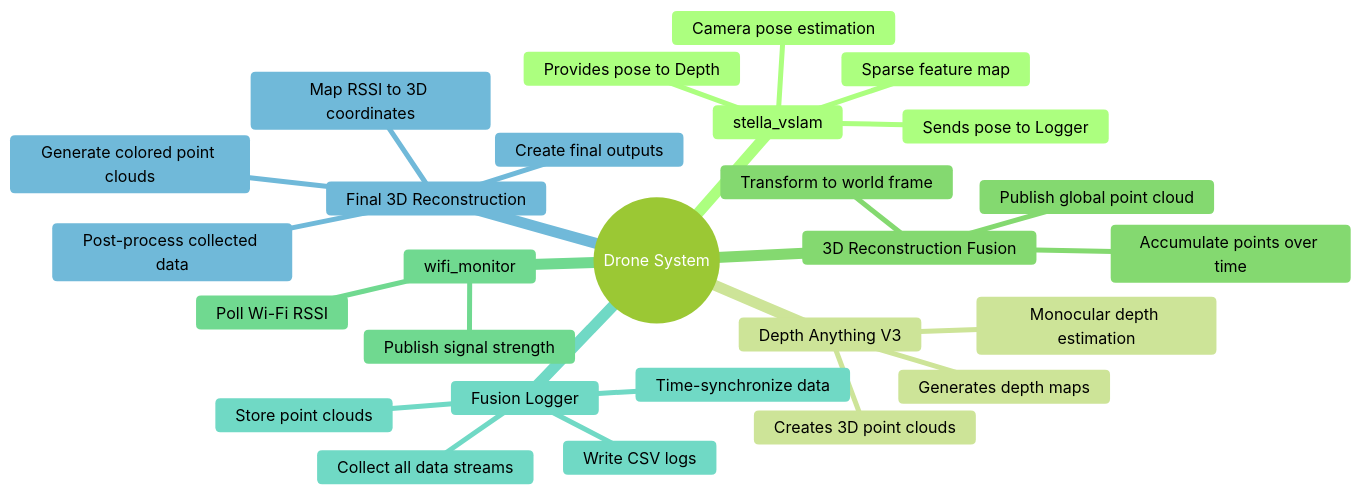
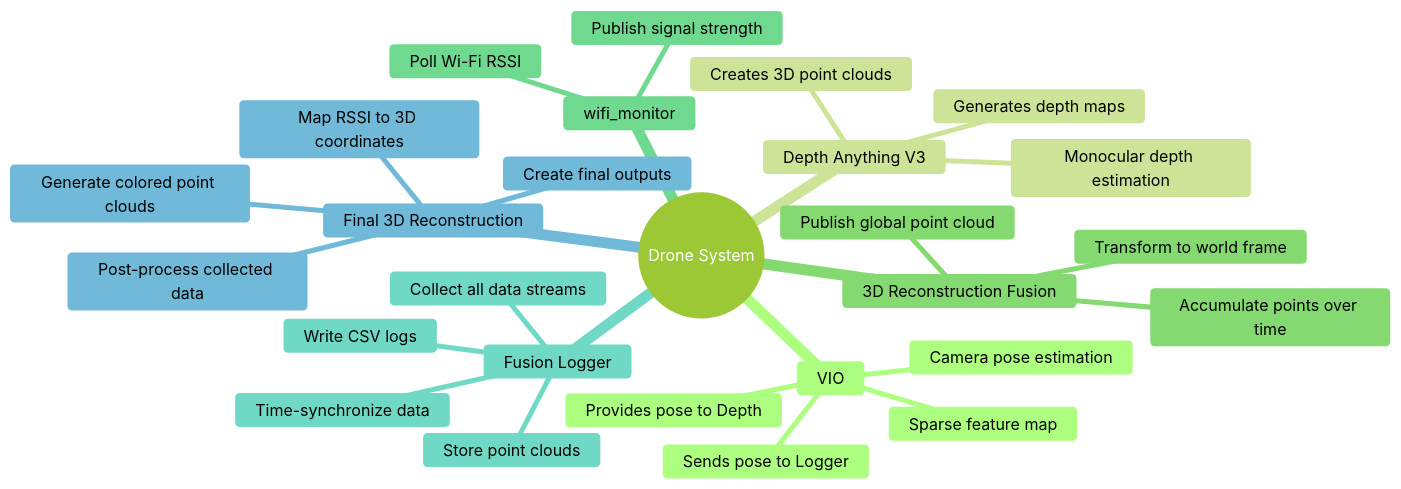
One commit to Shluo03/AirSniff changed the fourth of 6 diagrams in README.md. Above: the diagram before and after it, drawn with Mermaid (forest theme). The commit also changed other lines of this file, not shown here.

````diff
--- a/README.md
+++ b/README.md
@@ -104,30 +104,30 @@
 ```mermaid
 mindmap
   root((Drone System))
-    stella_vslam
+    VIO
       Camera pose estimation
       Sparse feature map
       Provides pose to Depth
       Sends pose to Logger
     Depth Anything V3
       Monocular depth estimation
       Generates depth maps
       Creates 3D point clouds
     3D Reconstruction Fusion
       Transform to world frame
       Accumulate points over time
       Publish global point cloud
     wifi_monitor
       Poll Wi-Fi RSSI
       Publish signal strength
     Fusion Logger
       Collect all data streams
       Time-synchronize data
       Write CSV logs
       Store point clouds
     Final 3D Reconstruction
       Post-process collected data
       Map RSSI to 3D coordinates
       Generate colored point clouds
       Create final outputs
 ```
````
